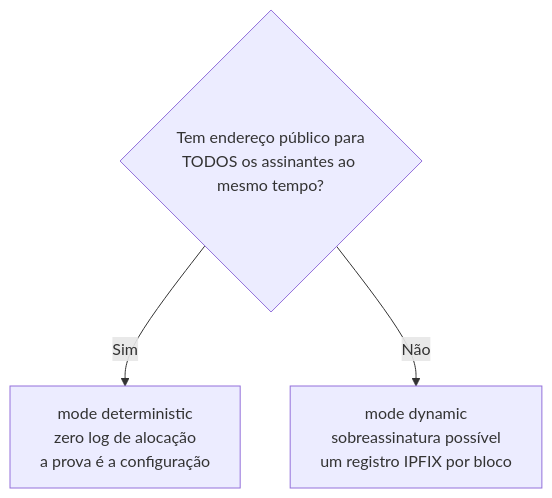
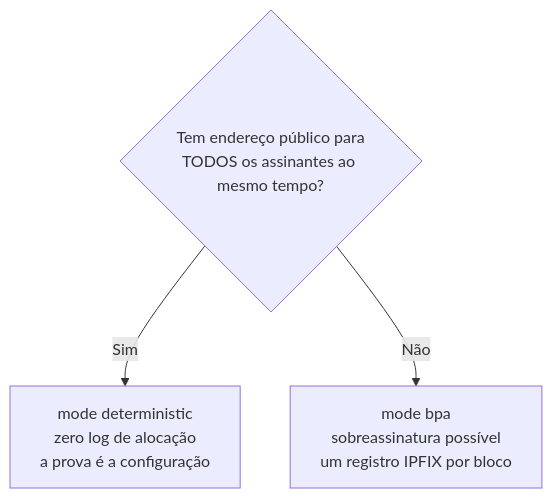
Before and after one commit to andrediashexa/prismarouting: the second of 2 diagrams in wiki/comecar-aqui/primeiros-passos.md, drawn with Mermaid. The commit also changed 35 other files, not shown here.

First line of the commit message:
WIP #572/#573: mode bpa (typed old form refused, saved one migrated and written back); docs, wiki, CHANGELOG Breaking, roadmap rows; labs to the new words; floors raised

````diff
--- a/wiki/comecar-aqui/primeiros-passos.md
+++ b/wiki/comecar-aqui/primeiros-passos.md
@@ -24,6 +24,6 @@
 ```mermaid
 flowchart TD
     Q{"Tem endereço público para<br/>TODOS os assinantes ao mesmo tempo?"}
     Q -->|Sim| DET["mode deterministic<br/>zero log de alocação<br/>a prova é a configuração"]
-    Q -->|Não| DIN["mode dynamic<br/>sobreassinatura possível<br/>um registro IPFIX por bloco"]
+    Q -->|Não| DIN["mode bpa<br/>sobreassinatura possível<br/>um registro IPFIX por bloco"]
 ```
````
